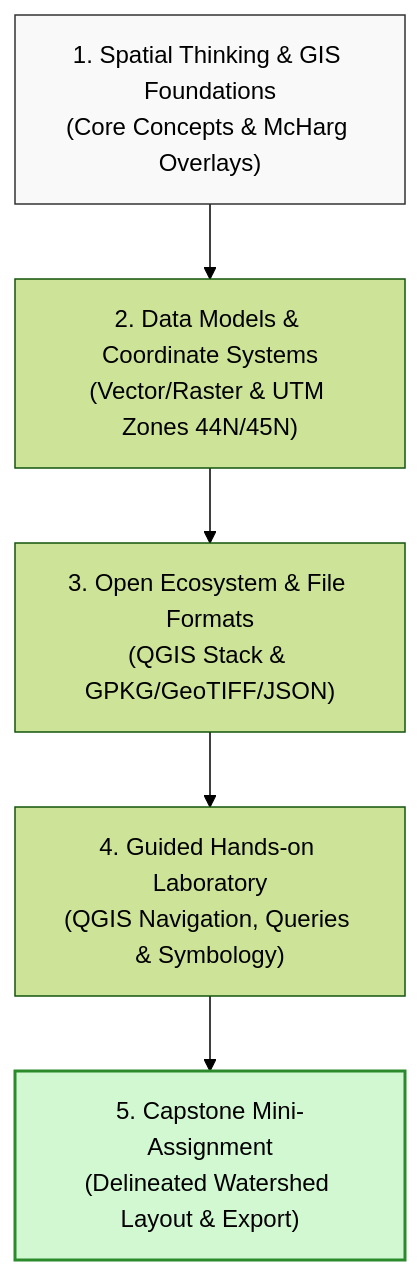
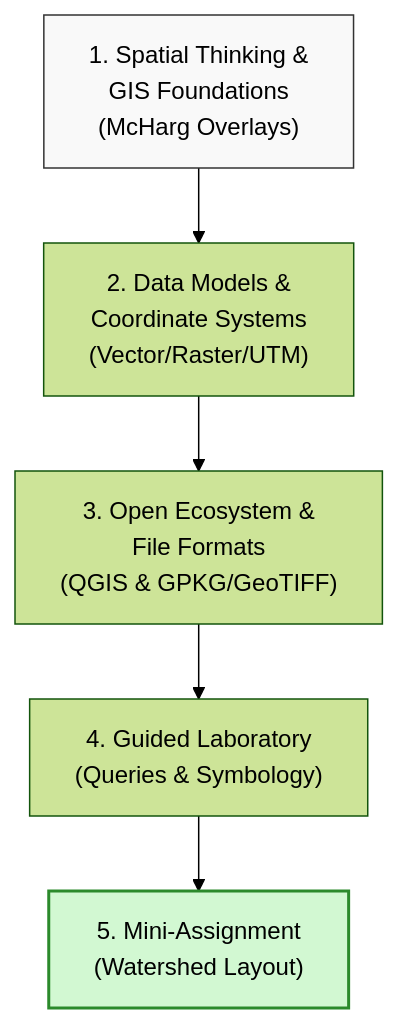
The diagram in docs/day1/index.md (Rotten-Grapes-Pvt-Ltd/QGIS-WECS), drawn with Mermaid (forest theme) before and after one commit. The commit also changed other lines of this file and 54 other files, not shown here.

````diff
--- a/docs/day1/index.md
+++ b/docs/day1/index.md
@@ -29,10 +29,10 @@
 ```mermaid
 graph TD
-    A["1. Spatial Thinking & GIS Foundations<br/>(Core Concepts & McHarg Overlays)"] --> B["2. Data Models & Coordinate Systems<br/>(Vector/Raster & UTM Zones 44N/45N)"]
-    B --> C["3. Open Ecosystem & File Formats<br/>(QGIS Stack & GPKG/GeoTIFF/JSON)"]
-    C --> D["4. Guided Hands-on Laboratory<br/>(QGIS Navigation, Queries & Symbology)"]
-    D --> E["5. Capstone Mini-Assignment<br/>(Delineated Watershed Layout & Export)"]
+    A["1. Spatial Thinking &<br/>GIS Foundations<br/>(McHarg Overlays)"] --> B["2. Data Models &<br/>Coordinate Systems<br/>(Vector/Raster/UTM)"]
+    B --> C["3. Open Ecosystem &<br/>File Formats<br/>(QGIS & GPKG/GeoTIFF)"]
+    C --> D["4. Guided Laboratory<br/>(Queries & Symbology)"]
+    D --> E["5. Mini-Assignment<br/>(Watershed Layout)"]
     
     style A fill:#f9f9f9,stroke:#333
     style E fill:#d2f8d2,stroke:#2b8a2b,stroke-width:2px
 ```
````
